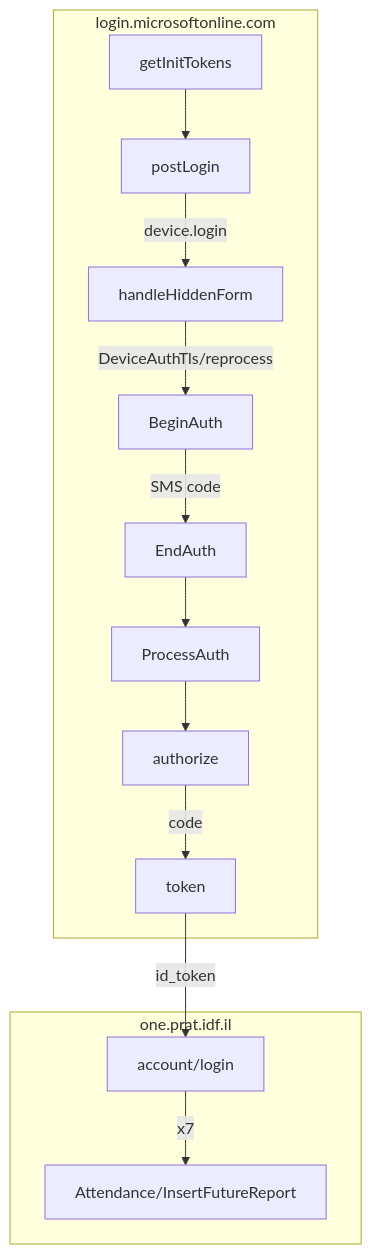
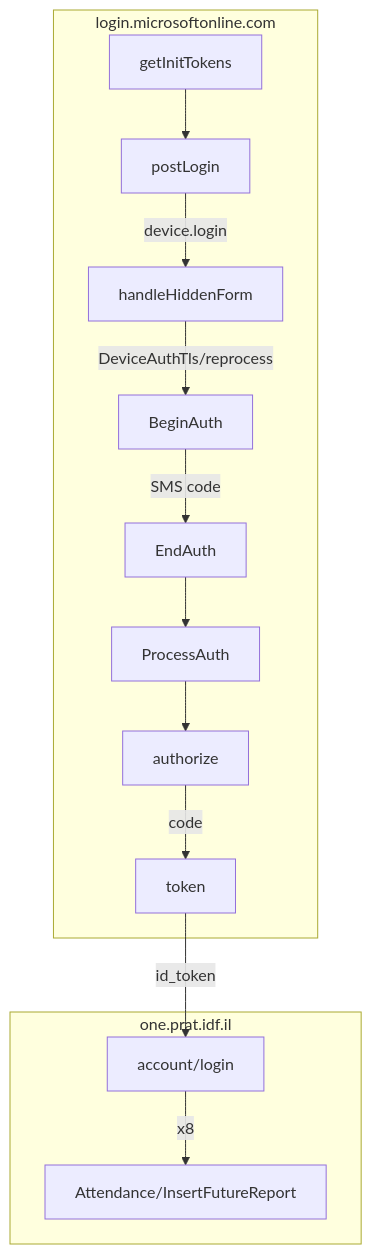
One commit to CSGai/Report-1-v2 changed the diagram in README.md. Above: the diagram before and after it, drawn with Mermaid. The commit also changed other lines of this file and 3 other files, not shown here.

````diff
--- a/README.md
+++ b/README.md
@@ -124,26 +124,26 @@
 ```mermaid
 flowchart TD
     subgraph login["login.microsoftonline.com"]
         T["getInitTokens"]
         P["postLogin"]
         H["handleHiddenForm"]
         B["BeginAuth"]
         E["EndAuth"]
         PA["ProcessAuth"]
         A["authorize"]
         TK["token"]
     end
     subgraph site["one.prat.idf.il"]
         L["account/login"]
         R["Attendance/InsertFutureReport"]
     end
     T --> P
     P -- "device.login" --> H
     H -- "DeviceAuthTls/reprocess" --> B
     B -- "SMS code" --> E
     E --> PA
     PA --> A
     A -- "code" --> TK
     TK -- "id_token" --> L
-    L -- "x7" --> R
+    L -- "x8" --> R
 ```
````
